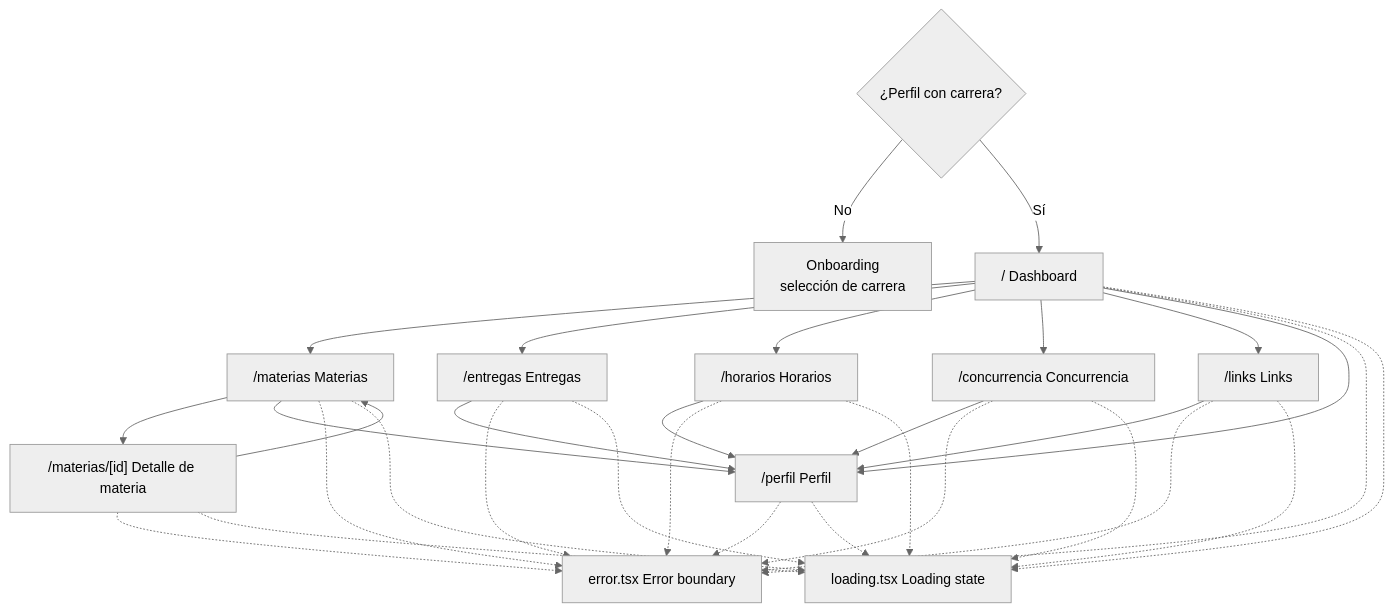
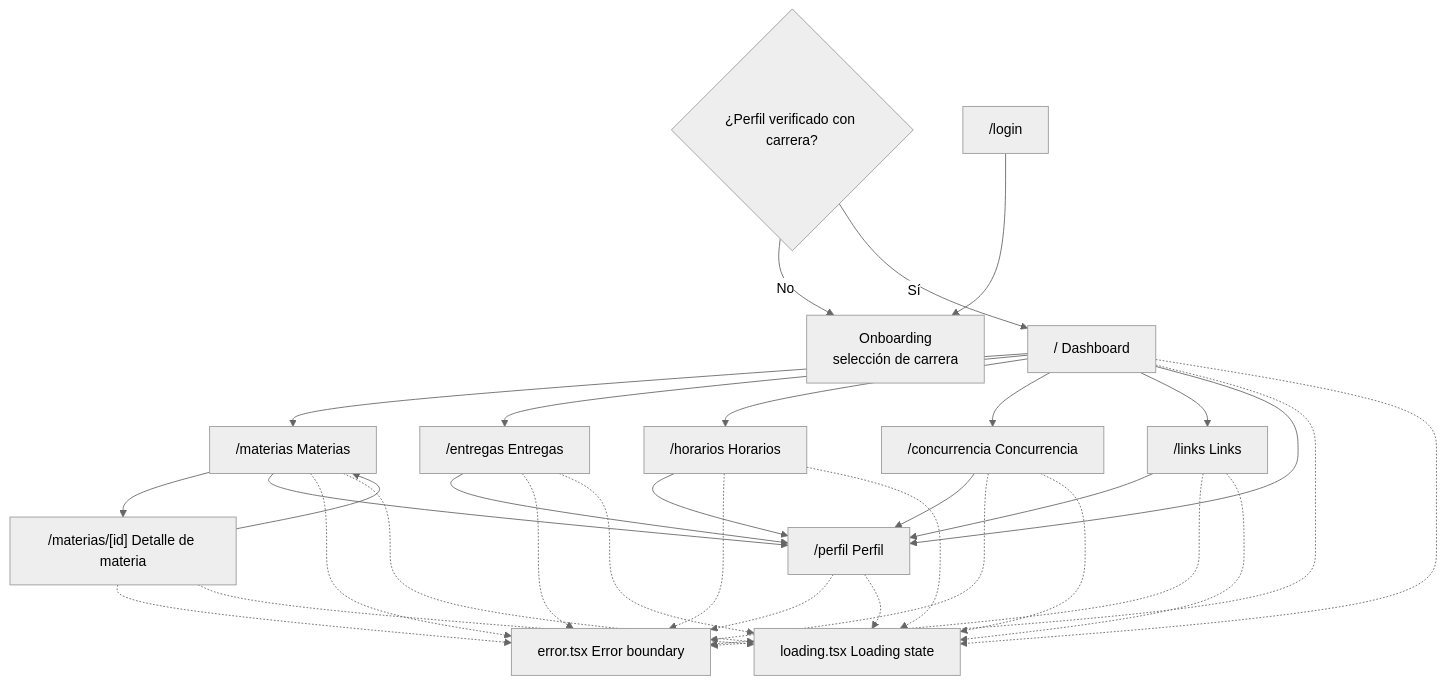
Before and after one commit to lautioliver/UcaNode: the first of 4 diagrams in wiki/Rutas-y-flujos.md, drawn with Mermaid (neutral theme). The commit also changed other lines of this file and 25 other files, not shown here.

````diff
--- a/wiki/Rutas-y-flujos.md
+++ b/wiki/Rutas-y-flujos.md
@@ -16,34 +20,36 @@
 ```mermaid
 flowchart TD
-    Gate{"¿Perfil con carrera?"}
+    Gate{"¿Perfil verificado con carrera?"}
+    Login["/login"]
     Onb["Onboarding<br/>selección de carrera"]
     Root["/ Dashboard"]
     Mat["/materias Materias"]
     MatId["/materias/[id] Detalle de materia"]
     Ent["/entregas Entregas"]
     Hor["/horarios Horarios"]
     Con["/concurrencia Concurrencia"]
     Lnk["/links Links"]
     Per["/perfil Perfil"]
     Err["error.tsx Error boundary"]
     Ld["loading.tsx Loading state"]
 
     Gate -->|No| Onb
     Gate -->|Sí| Root
+    Login --> Onb
     Root --> Mat
     Root --> Ent
     Root --> Hor
     Root --> Con
     Root --> Lnk
     Mat --> MatId
     MatId --> Mat
     Root --> Per
     Mat --> Per
     Ent --> Per
     Hor --> Per
     Con --> Per
     Lnk --> Per
 
     Root & Mat & MatId & Ent & Hor & Con & Lnk & Per -.-> Err
     Root & Mat & MatId & Ent & Hor & Con & Lnk & Per -.-> Ld
 ```
````
